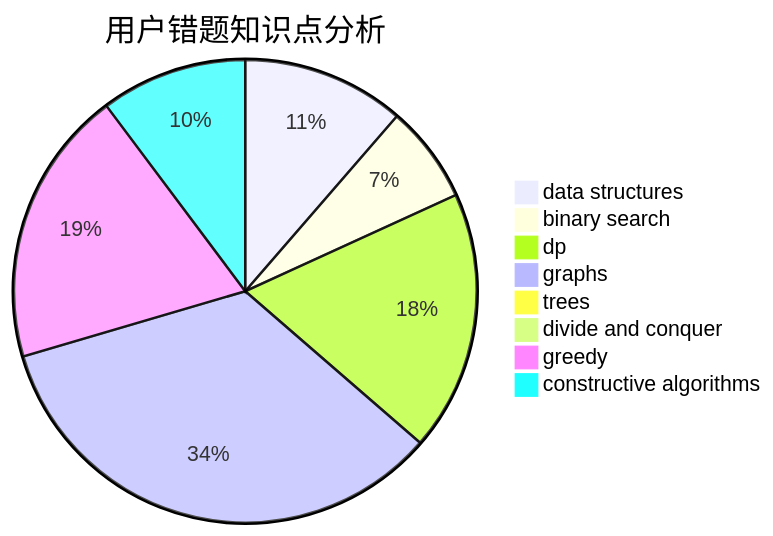
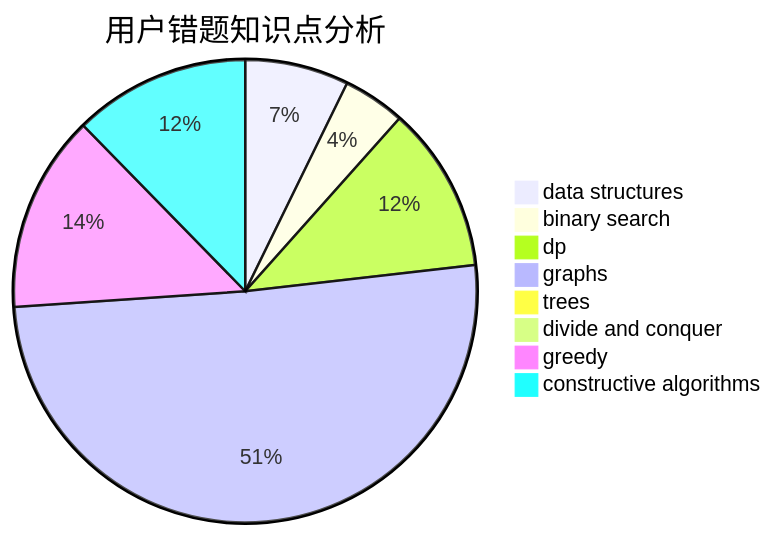
The third of 3 diagrams in docs/user/u938.md (sherpahu/cfrs.github.io), drawn with Mermaid before and after one commit. The commit also changed other lines of this file and 2770 other files, not shown here.

````diff
--- a/docs/user/u938.md
+++ b/docs/user/u938.md
@@ -36,11 +36,11 @@
 ```mermaid
 pie title 用户错题知识点分析
     "data structures" :  10
     "binary search" :  6
     "dp" :  16
-    "graphs" :  30
+    "graphs" :  70
     "trees" :  0
     "divide and conquer" :  0
-    "greedy" :  17
-    "constructive algorithms" :  9
+    "greedy" :  19
+    "constructive algorithms" :  17
 ```
````
